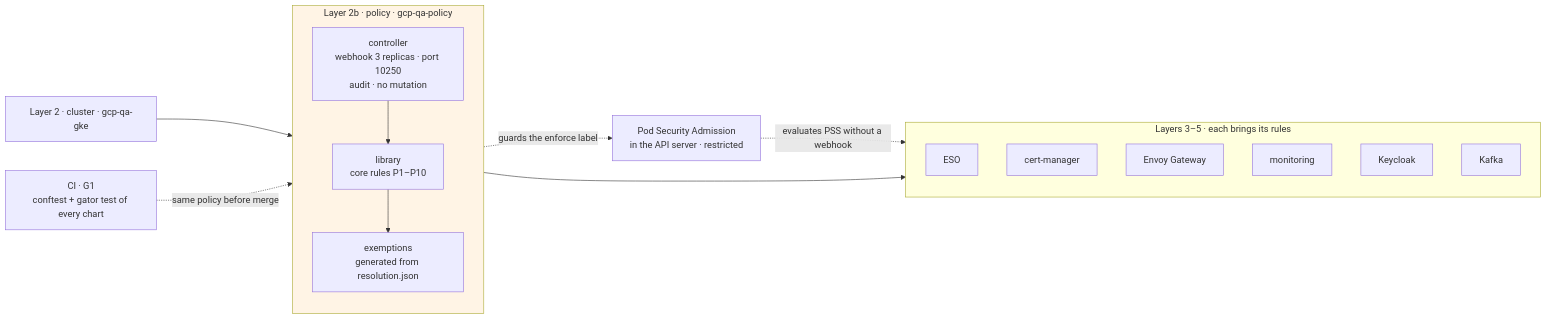
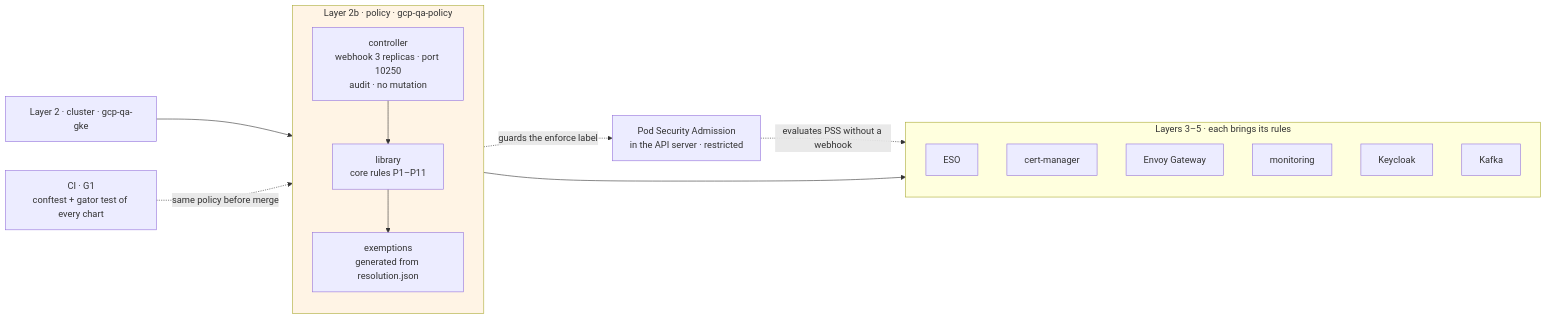
Before and after one commit to aescanero/proposal_documents: the diagram in docs/en/proposals/gatekeeper-qa/diagrams/01-contexto.mmd, drawn with Mermaid. The commit also changed 27 other files, not shown here.

```diff
--- a/docs/en/proposals/gatekeeper-qa/diagrams/01-contexto.mmd
+++ b/docs/en/proposals/gatekeeper-qa/diagrams/01-contexto.mmd
@@ -1,28 +1,28 @@
 flowchart LR
     L2["Layer 2 · cluster · gcp-qa-gke"]
     subgraph L2B["Layer 2b · policy · gcp-qa-policy"]
         direction TB
         CTRL["controller<br/>webhook 3 replicas · port 10250<br/>audit · no mutation"]
-        LIB["library<br/>core rules P1–P10"]
+        LIB["library<br/>core rules P1–P11"]
         EXC["exemptions<br/>generated from resolution.json"]
     end
     PSA["Pod Security Admission<br/>in the API server · restricted"]
     subgraph L3["Layers 3–5 · each brings its rules"]
         direction TB
         ESO["ESO"]
         CM["cert-manager"]
         GW["Envoy Gateway"]
         MON["monitoring"]
         KC["Keycloak"]
         KF["Kafka"]
     end
     CI["CI · G1<br/>conftest + gator test of every chart"]
 
     L2 --> L2B
     L2B --> L3
     CTRL --> LIB --> EXC
     PSA -. "evaluates PSS without a webhook" .-> L3
     LIB -. "guards the enforce label" .-> PSA
     CI -. "same policy before merge" .-> L2B
 
     style L2B fill:#fff4e5
```
